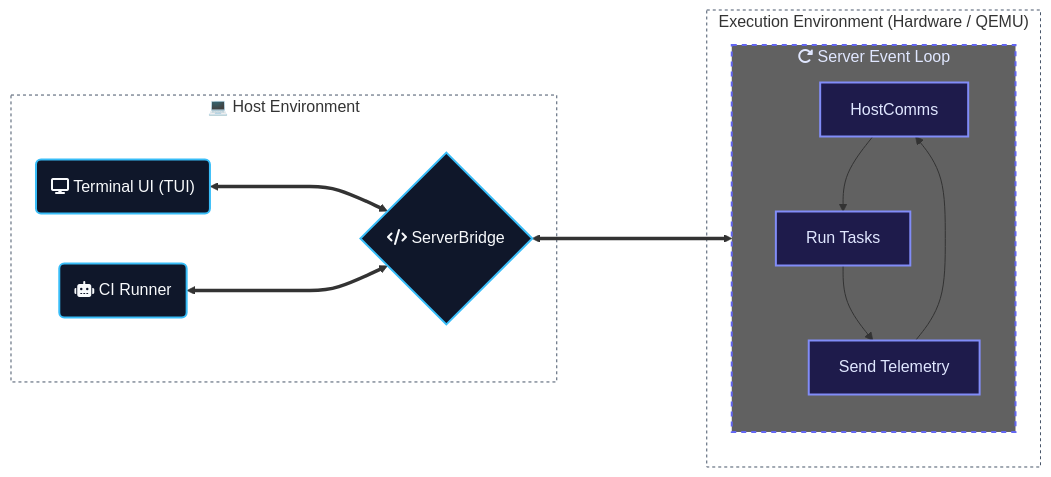
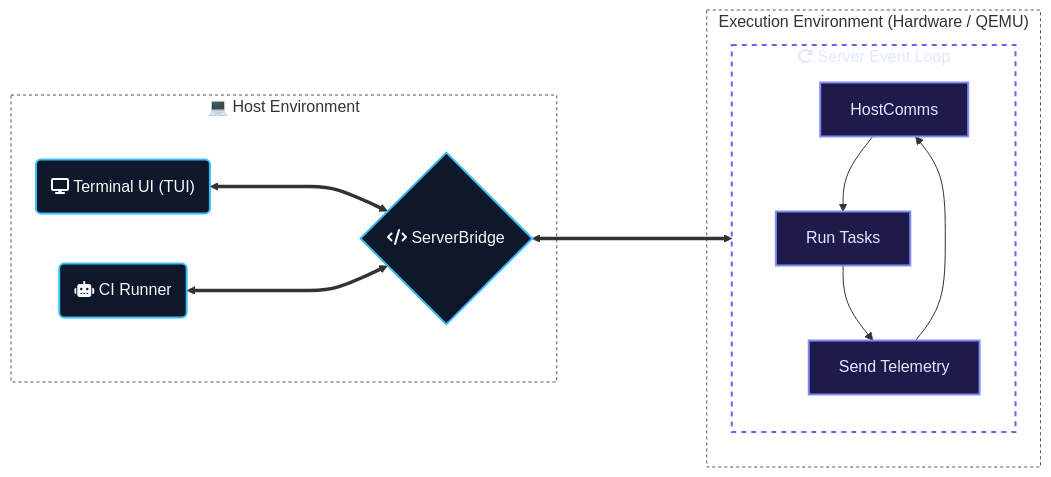
The diagram in README.md (Dyse-Industries/control-rs), drawn with Mermaid before and after one commit.

````diff
--- a/README.md
+++ b/README.md
@@ -11,39 +11,39 @@
 ```mermaid
 ---
 config:
   layout: dagre
 ---
 flowchart LR
  subgraph Host["💻 Host Environment"]
         TUI("fa:fa-display Terminal UI (TUI)")
         CI("fa:fa-robot CI Runner")
         Comm{"fa:fa-code ServerBridge"}
   end
  subgraph Loop["fa:fa-rotate-right Server Event Loop"]
     direction TB
         Comms["HostComms"]
         Tasks["Run Tasks"]
         Telem["Send Telemetry"]
   end
  subgraph TargetEnv["Execution Environment (Hardware / QEMU)"]
         Loop
   end
     Comms --> Tasks
     Tasks --> Telem
     Telem --> Comms
     TUI <====> Comm
     CI <====> Comm
     Comm <====> Comms
 
      TUI:::host
      CI:::host
      Comm:::host
      Comms:::target
      Tasks:::target
      Telem:::target
     classDef host fill:#0f172a,stroke:#38bdf8,stroke-width:2px,color:#f8fafc
     classDef target fill:#1e1b4b,stroke:#818cf8,stroke-width:2px,color:#e0e7ff
-    style Loop fill:#616161,stroke:#6366f1,stroke-width:2px,stroke-dasharray:5 5,color:#e0e7ff
+    style Loop fill:transparent,stroke:#6366f1,stroke-width:2px,stroke-dasharray:5 5,color:#e0e7ff
     style Host fill:transparent,stroke:#475569,stroke-width:1px,stroke-dasharray:3 3
     style TargetEnv fill:transparent,stroke:#475569,stroke-width:1px,stroke-dasharray:3 3
 ```
````
